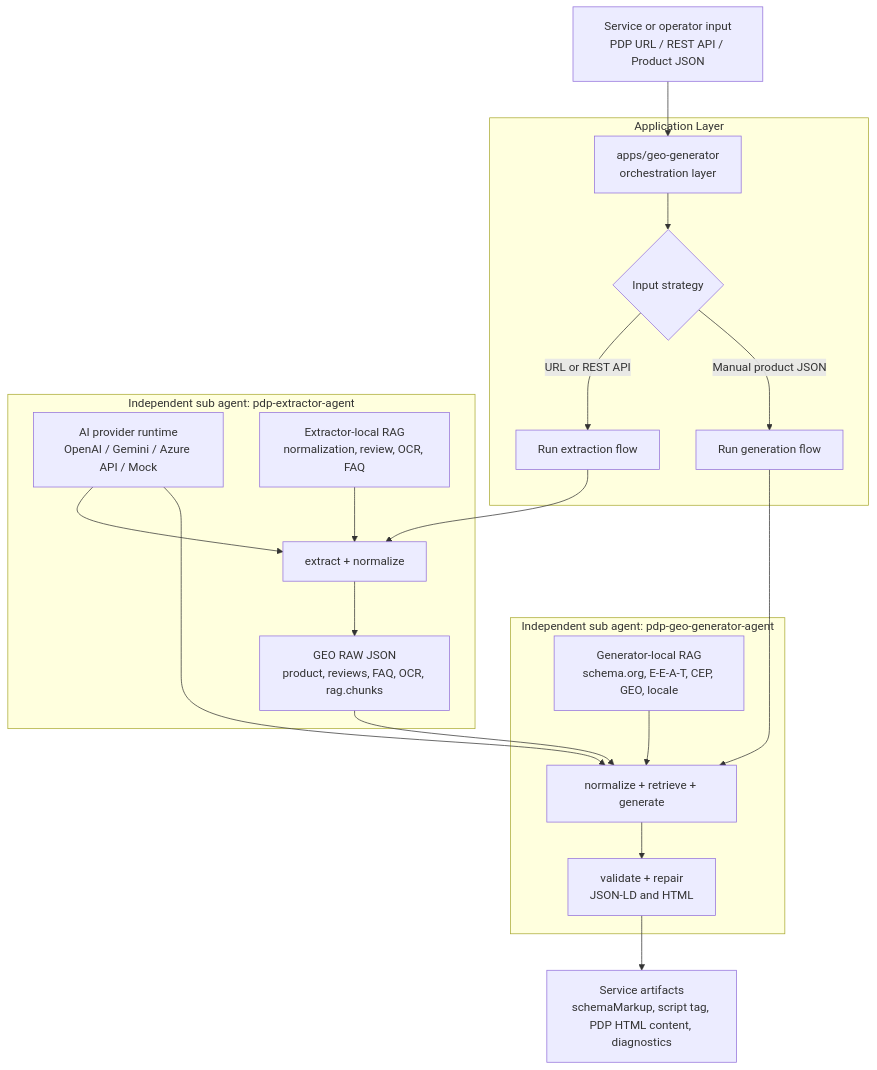
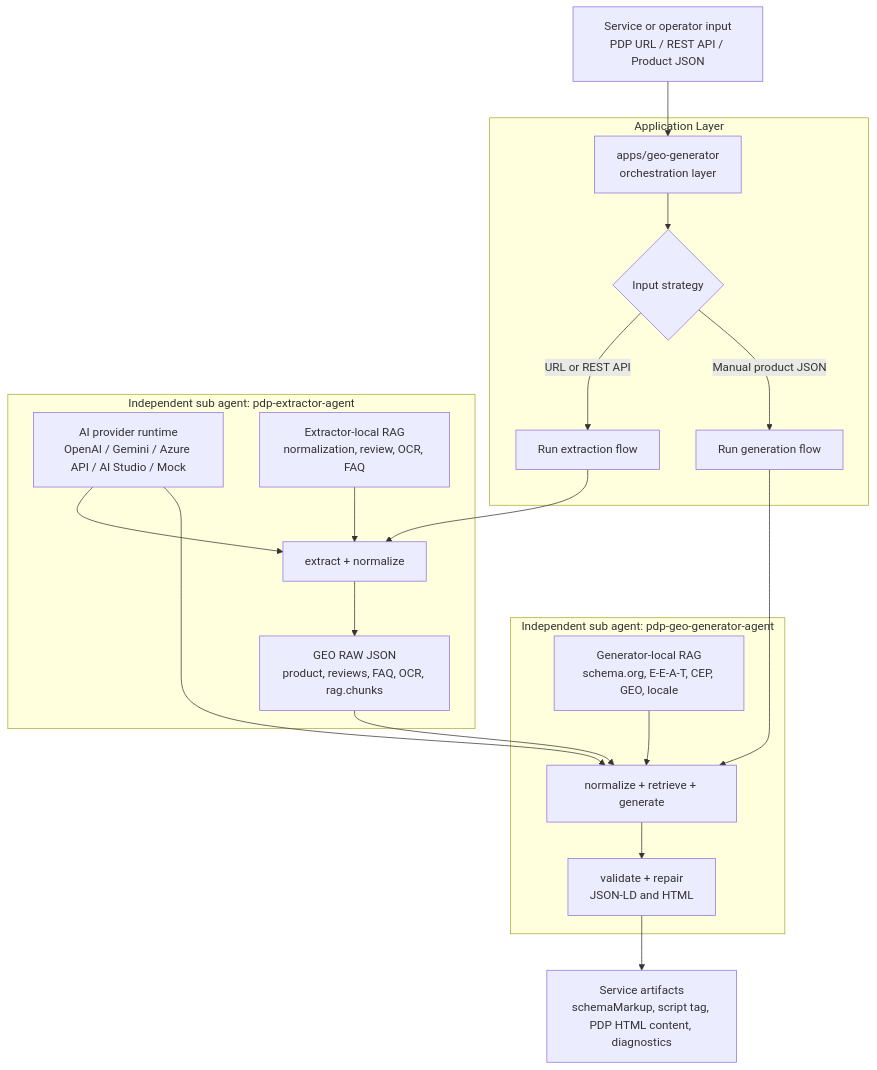
The diagram in README.md (jungtaeinn/agentic-geo), drawn with Mermaid before and after one commit. The commit also changed other lines of this file and 32 other files, not shown here.

````diff
--- a/README.md
+++ b/README.md
@@ -17,28 +17,28 @@
 ```mermaid
 flowchart TD
   U["Service or operator input<br/>PDP URL / REST API / Product JSON"] --> APP["apps/geo-generator<br/>orchestration layer"]
-  AI["AI provider runtime<br/>OpenAI / Gemini / Azure API / Mock"]
+  AI["AI provider runtime<br/>OpenAI / Gemini / Azure API / AI Studio / Mock"]
 
   subgraph APP_LAYER["Application Layer"]
     APP --> ROUTER{"Input strategy"}
     ROUTER -->|"URL or REST API"| EXTRACT_ROUTE["Run extraction flow"]
     ROUTER -->|"Manual product JSON"| GENERATE_ROUTE["Run generation flow"]
   end
 
   subgraph EXTRACTOR["Independent sub agent: pdp-extractor-agent"]
     EXTRACT_ROUTE --> EXTRACT["extract + normalize"]
     AI --> EXTRACT
     EXTRACT_RAG["Extractor-local RAG<br/>normalization, review, OCR, FAQ"] --> EXTRACT
     EXTRACT --> RAW["GEO RAW JSON<br/>product, reviews, FAQ, OCR, rag.chunks"]
   end
 
   subgraph GENERATOR["Independent sub agent: pdp-geo-generator-agent"]
     RAW --> GENERATE["normalize + retrieve + generate"]
     GENERATE_ROUTE --> GENERATE
     AI --> GENERATE
     GENERATOR_RAG["Generator-local RAG<br/>schema.org, E-E-A-T, CEP, GEO, locale"] --> GENERATE
     GENERATE --> VALIDATE["validate + repair<br/>JSON-LD and HTML"]
   end
 
   VALIDATE --> OUT["Service artifacts<br/>schemaMarkup, script tag, PDP HTML content, diagnostics"]
 ```
````
